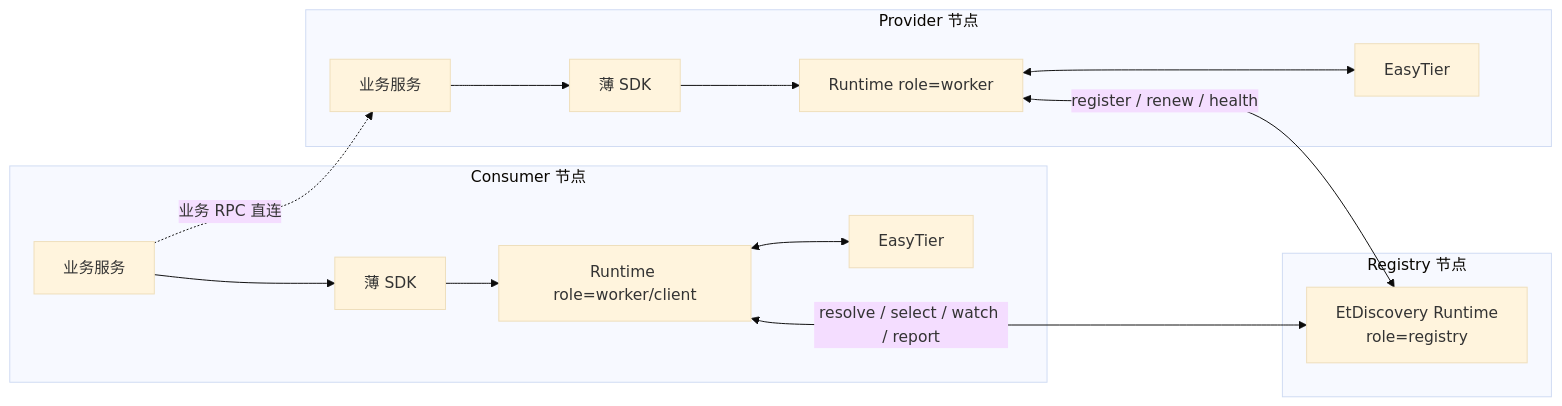
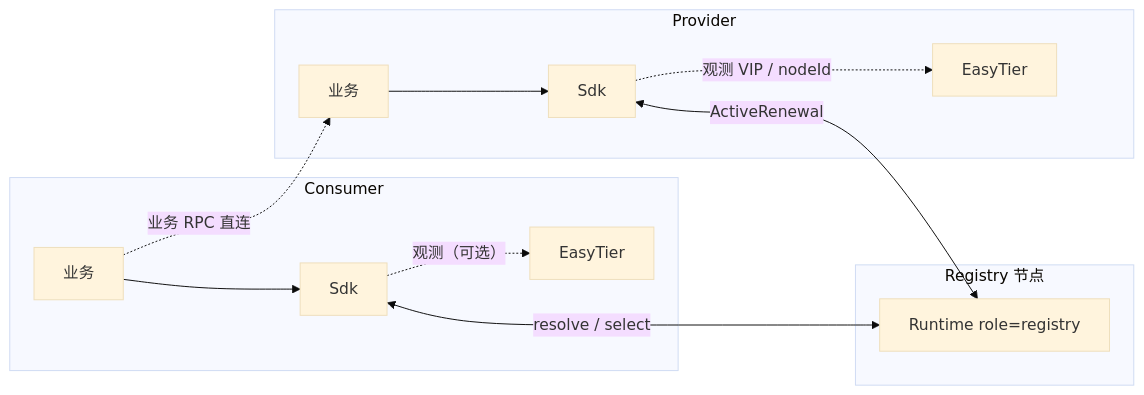
The second of 8 diagrams in docs/service-registry-application-layer.md (SwingCosmic/easytier-discovery), drawn with Mermaid (base theme) before and after one commit. The commit also changed other lines of this file and 11 other files, not shown here.

````diff
--- a/docs/service-registry-application-layer.md
+++ b/docs/service-registry-application-layer.md
@@ -112,29 +101,17 @@
 ```mermaid
 flowchart LR
   subgraph NodeR["Registry 节点"]
-    R["EtDiscovery Runtime
-role=registry"]
+    R["Runtime role=registry"]
   end
-
-  subgraph NodeP["Provider 节点"]
-    AppP["业务服务"]
-    SdkP["薄 SDK"]
-    Wp["Runtime role=worker"]
-    EtP["EasyTier"]
-    AppP --> SdkP --> Wp
-    Wp <--> EtP
+  subgraph NodeP["Provider"]
+    AppP["业务"] --> SdkP["Sdk"]
+    SdkP -.->|"观测 VIP / nodeId"| EtP["EasyTier"]
   end
-
-  subgraph NodeC["Consumer 节点"]
-    AppC["业务服务"]
-    SdkC["薄 SDK"]
-    Wc["Runtime role=worker/client"]
-    EtC["EasyTier"]
-    AppC --> SdkC --> Wc
-    Wc <--> EtC
+  subgraph NodeC["Consumer"]
+    AppC["业务"] --> SdkC["Sdk"]
+    SdkC -.->|"观测（可选）"| EtC["EasyTier"]
   end
-
-  Wp <-- "register / renew / health" --> R
-  Wc <-- "resolve / select / watch / report" --> R
+  SdkP <-- "ActiveRenewal" --> R
+  SdkC <-- "resolve / select" --> R
   AppC -. "业务 RPC 直连" .-> AppP
 ```
````
